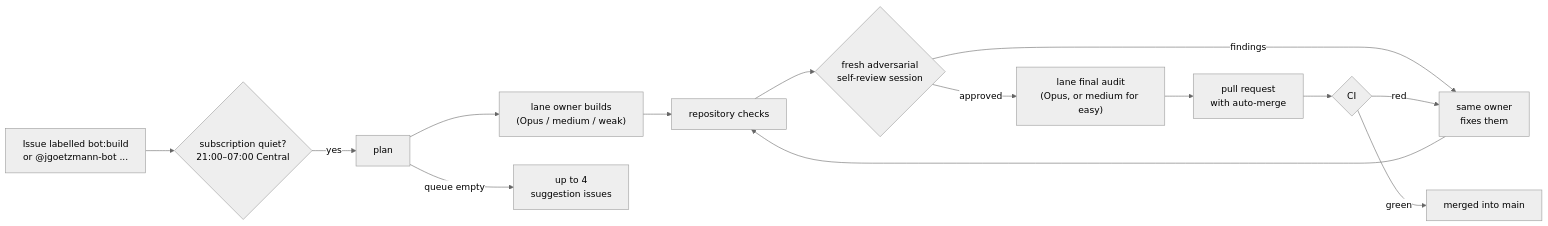
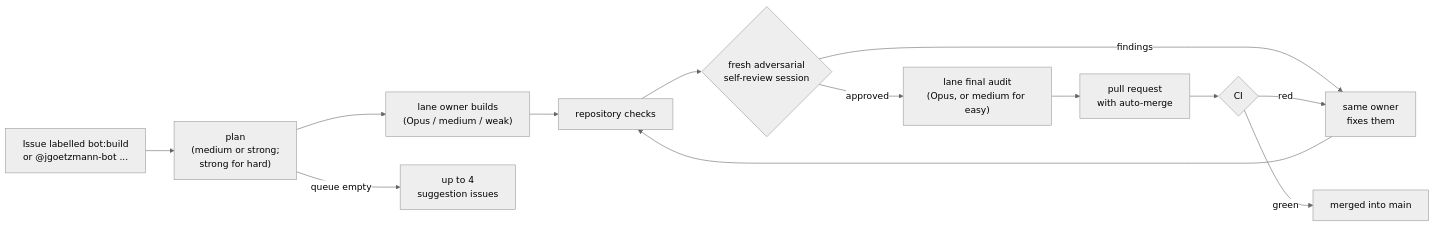
One commit to Jlore-Studios/JackiOh changed the second of 2 diagrams in README.md. Above: the diagram before and after it, drawn with Mermaid (neutral theme). The commit also changed other lines of this file and 2 other files, not shown here.

First line of the commit message:
Architecture: the README shows where the game, the bots and the AWS boxes run

````diff
--- a/README.md
+++ b/README.md
@@ -64,15 +112,14 @@
 ```mermaid
 flowchart LR
-  A["Issue labelled bot:build<br/>or @jgoetzmann-bot ..."] --> Q{"subscription quiet?<br/>21:00–07:00 Central"}
-  Q -- "yes" --> B["plan"]
-  B --> C["lane owner builds<br/>(Opus / medium / weak)"]
+  A["Issue labelled bot:build<br/>or @jgoetzmann-bot ..."] --> P["plan<br/>(medium or strong;<br/>strong for hard)"]
+  P --> C["lane owner builds<br/>(Opus / medium / weak)"]
   C --> D["repository checks"]
   D --> E{"fresh adversarial<br/>self-review session"}
   E -- "findings" --> F["same owner<br/>fixes them"] --> D
   E -- "approved" --> FA["lane final audit<br/>(Opus, or medium for easy)"]
   FA --> G["pull request<br/>with auto-merge"]
   G --> H{"CI"}
   H -- "green" --> I["merged into main"]
   H -- "red" --> F
-  B -- "queue empty" --> J["up to 4<br/>suggestion issues"]
+  P -- "queue empty" --> J["up to 4<br/>suggestion issues"]
 ```
````
